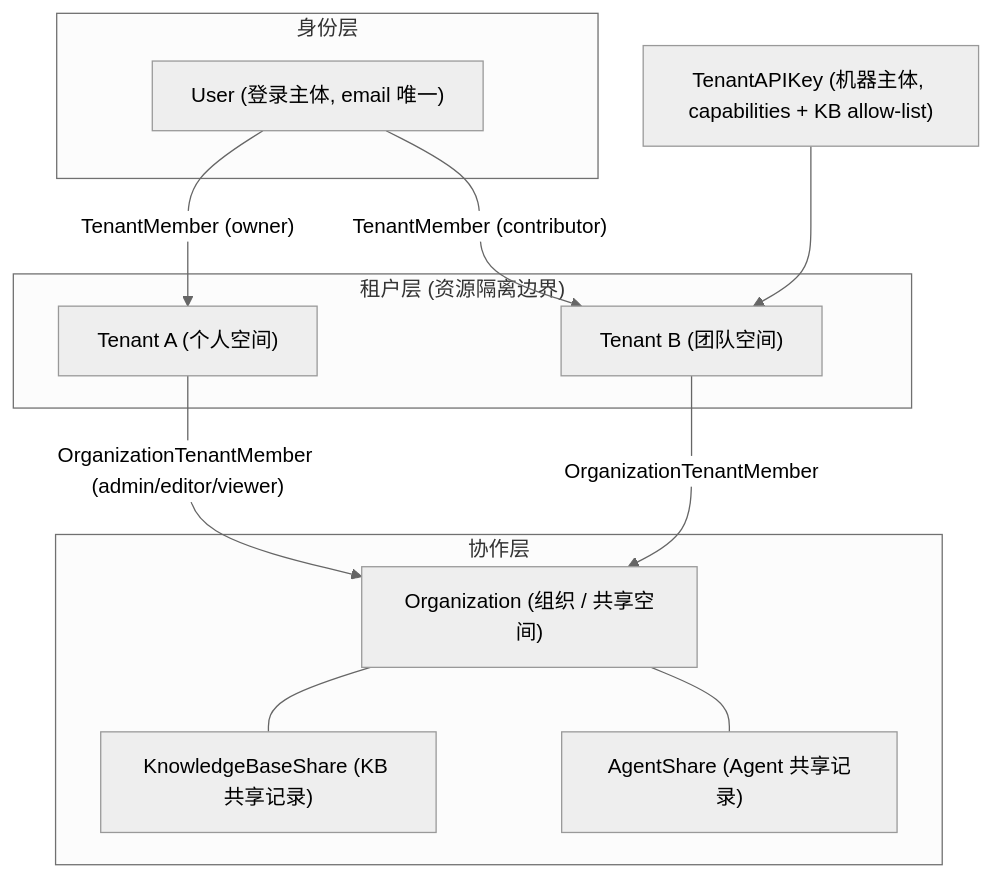
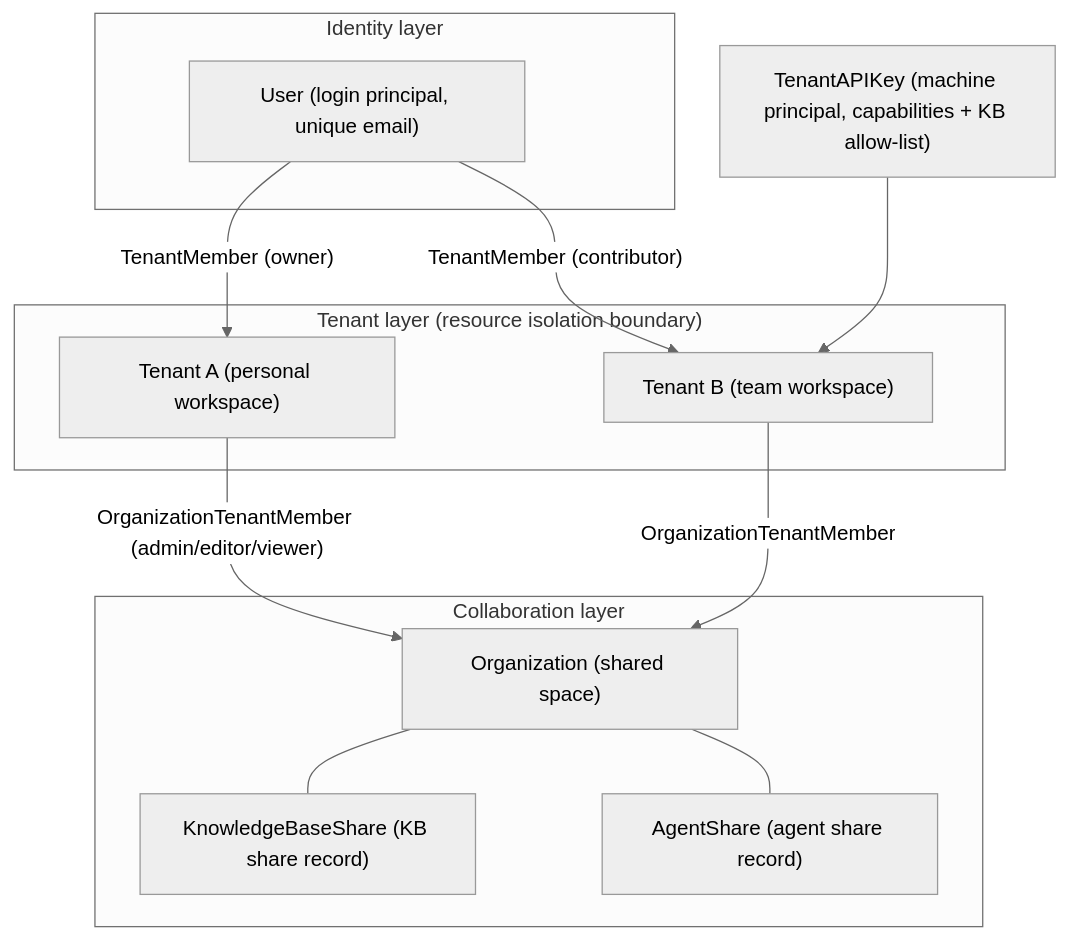
One commit to jrmatherly/ai-kb changed the first of 3 diagrams in website-docs/03-features/01-tenant-auth.md. Above: the diagram before and after it, drawn with Mermaid (neutral theme). The commit also changed other lines of this file and 5 other files, not shown here.

````diff
--- a/website-docs/03-features/01-tenant-auth.md
+++ b/website-docs/03-features/01-tenant-auth.md
@@ -44,22 +46,22 @@
 ```mermaid
 graph TB
-    subgraph identity["身份层"]
-        U["User (登录主体, email 唯一)"]
+    subgraph identity["Identity layer"]
+        U["User (login principal, unique email)"]
     end
-    subgraph tenants["租户层 (资源隔离边界)"]
-        T1["Tenant A (个人空间)"]
-        T2["Tenant B (团队空间)"]
+    subgraph tenants["Tenant layer (resource isolation boundary)"]
+        T1["Tenant A (personal workspace)"]
+        T2["Tenant B (team workspace)"]
     end
-    subgraph org["协作层"]
-        O["Organization (组织 / 共享空间)"]
-        KBS["KnowledgeBaseShare (KB 共享记录)"]
-        AGS["AgentShare (Agent 共享记录)"]
+    subgraph org["Collaboration layer"]
+        O["Organization (shared space)"]
+        KBS["KnowledgeBaseShare (KB share record)"]
+        AGS["AgentShare (agent share record)"]
     end
     U -- "TenantMember (owner)" --> T1
     U -- "TenantMember (contributor)" --> T2
     T1 -- "OrganizationTenantMember (admin/editor/viewer)" --> O
     T2 -- "OrganizationTenantMember" --> O
     O --- KBS
     O --- AGS
-    K["TenantAPIKey (机器主体, capabilities + KB allow-list)"] --> T2
+    K["TenantAPIKey (machine principal, capabilities + KB allow-list)"] --> T2
 ```
````
